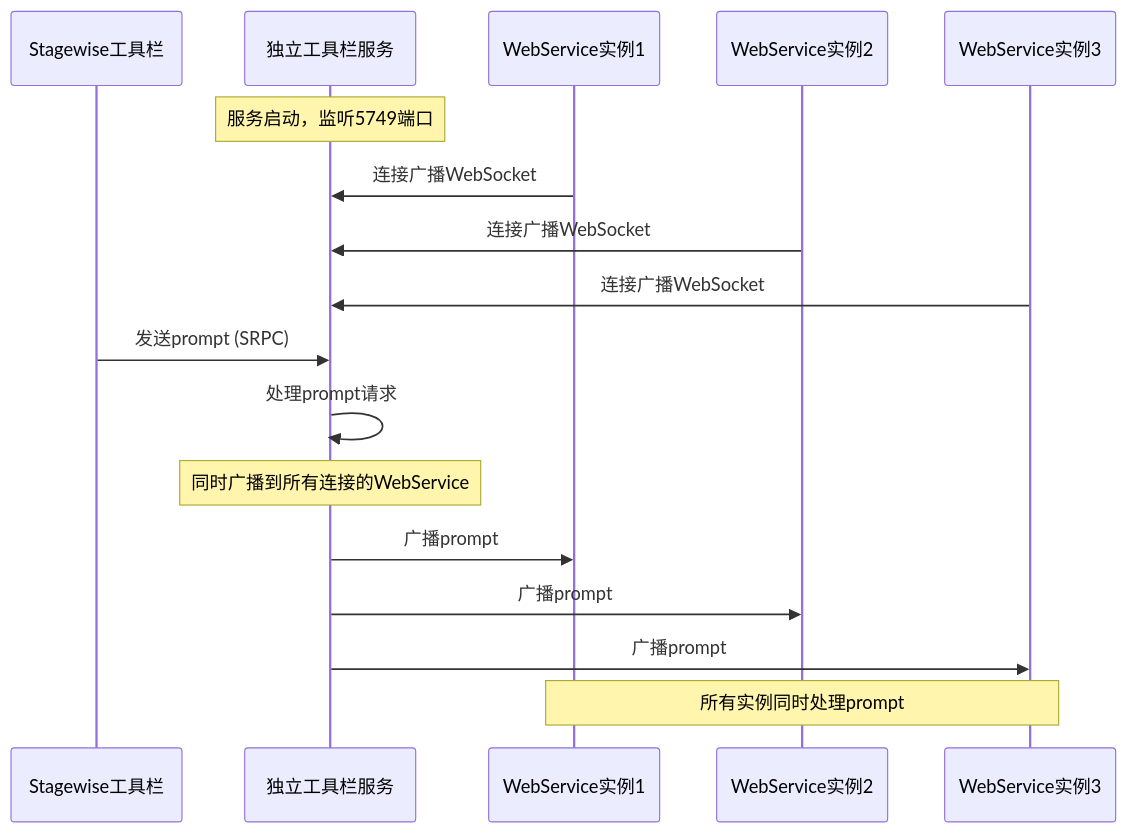
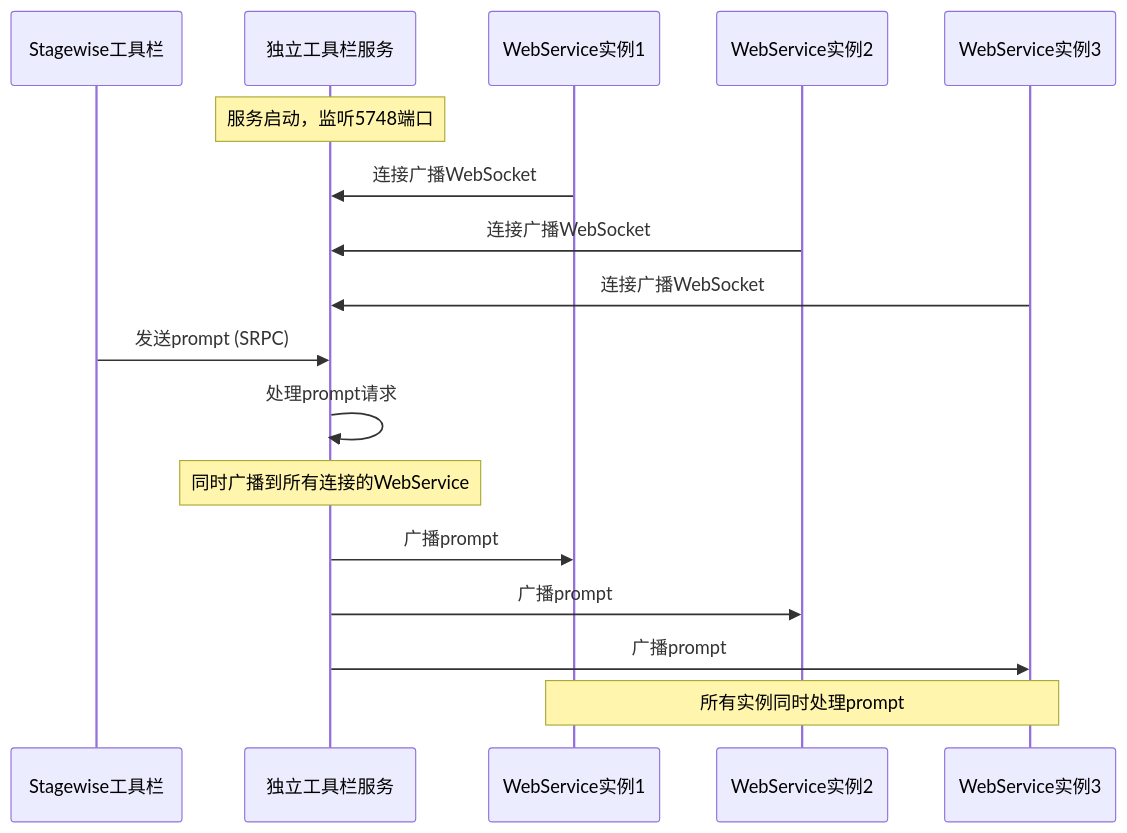
Before and after one commit to Songmengdi/mcp-feedback-collector: the fourth of 4 diagrams in docs/模块层/后端模块/服务器/独立工具栏服务.md, drawn with Mermaid. The commit also changed other lines of this file and 18 other files, not shown here.

````diff
--- a/docs/模块层/后端模块/服务器/独立工具栏服务.md
+++ b/docs/模块层/后端模块/服务器/独立工具栏服务.md
@@ -140,24 +140,24 @@
 ```mermaid
 sequenceDiagram
     participant T as Stagewise工具栏
     participant S as 独立工具栏服务
     participant W1 as WebService实例1
     participant W2 as WebService实例2
     participant W3 as WebService实例3
     
-    Note over S: 服务启动，监听5749端口
+    Note over S: 服务启动，监听5748端口
     
     W1->>S: 连接广播WebSocket
     W2->>S: 连接广播WebSocket
     W3->>S: 连接广播WebSocket
     
     T->>S: 发送prompt (SRPC)
     S->>S: 处理prompt请求
     
     Note over S: 同时广播到所有连接的WebService
     S->>W1: 广播prompt
     S->>W2: 广播prompt
     S->>W3: 广播prompt
     
     Note over W1,W3: 所有实例同时处理prompt
 ```
````
